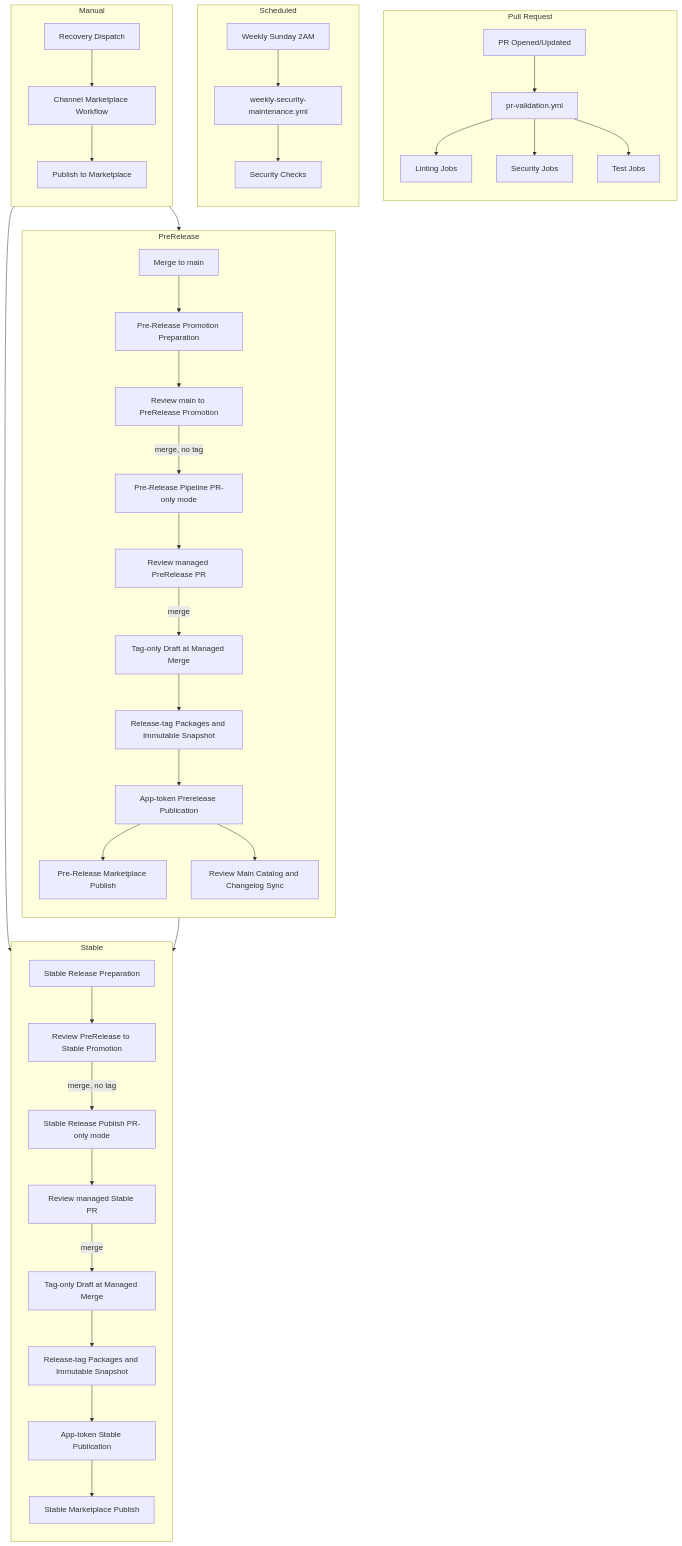
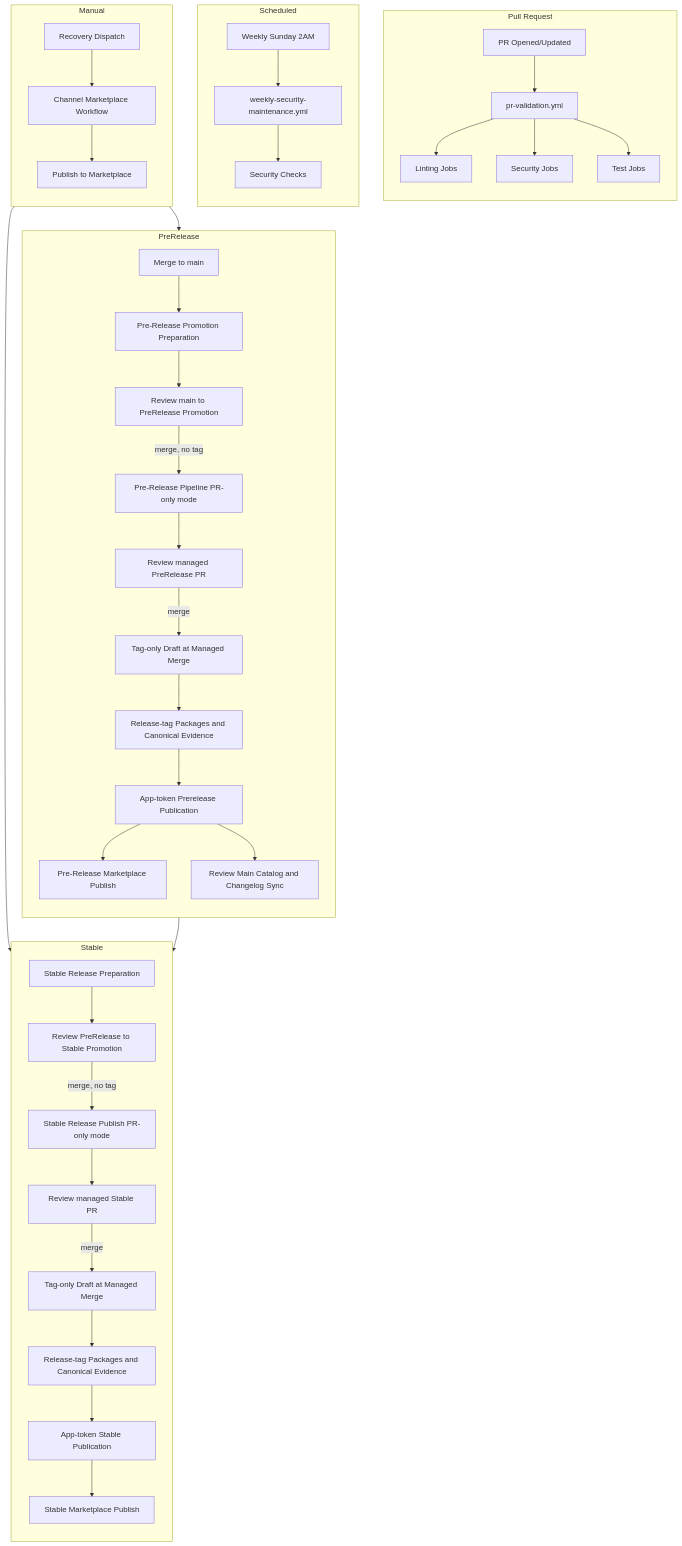
Before and after one commit to MohammedAlkindi/hve-core: the first of 3 diagrams in docs/architecture/workflows.md, drawn with Mermaid. The commit also changed other lines of this file and 51 other files, not shown here.

First line of the commit message:
refactor(workflows): replace plugin snapshots with canonical release evidence

````diff
--- a/docs/architecture/workflows.md
+++ b/docs/architecture/workflows.md
@@ -14,49 +14,49 @@
 ```mermaid
 flowchart TD
     subgraph PR["Pull Request"]
         direction TB
         PR1[PR Opened/Updated] --> PV[pr-validation.yml]
         PV --> LINT[Linting Jobs]
         PV --> SEC[Security Jobs]
         PV --> TEST[Test Jobs]
     end
 
     subgraph PRE["PreRelease"]
         direction TB
         MERGE[Merge to main] --> PREP[Pre-Release Promotion Preparation]
         PREP --> PROMO[Review main to PreRelease Promotion]
         PROMO -->|merge, no tag| PRE_RP[Pre-Release Pipeline PR-only mode]
         PRE_RP --> PRE_REL[Review managed PreRelease PR]
         PRE_REL -->|merge| PRE_DRAFT[Tag-only Draft at Managed Merge]
-        PRE_DRAFT --> PRE_EVIDENCE[Release-tag Packages and Immutable Snapshot]
+        PRE_DRAFT --> PRE_EVIDENCE[Release-tag Packages and Canonical Evidence]
         PRE_EVIDENCE --> PRE_PUBLISH[App-token Prerelease Publication]
         PRE_PUBLISH --> PRE_MARKET[Pre-Release Marketplace Publish]
         PRE_PUBLISH --> MAIN_SYNC[Review Main Catalog and Changelog Sync]
     end
 
     subgraph STABLE["Stable"]
         direction TB
         PRE_PUBLISH --> ST_PREP[Stable Release Preparation]
         ST_PREP --> ST_PROMO[Review PreRelease to Stable Promotion]
         ST_PROMO -->|merge, no tag| ST_RP[Stable Release Publish PR-only mode]
         ST_RP --> ST_REL[Review managed Stable PR]
         ST_REL -->|merge| ST_DRAFT[Tag-only Draft at Managed Merge]
-        ST_DRAFT --> ST_EVIDENCE[Release-tag Packages and Immutable Snapshot]
+        ST_DRAFT --> ST_EVIDENCE[Release-tag Packages and Canonical Evidence]
         ST_EVIDENCE --> ST_PUBLISH[App-token Stable Publication]
         ST_PUBLISH --> ST_MARKET[Stable Marketplace Publish]
     end
 
     subgraph SCHED["Scheduled"]
         direction TB
         CRON[Weekly Sunday 2AM] --> WEEKLY[weekly-security-maintenance.yml]
         WEEKLY --> SECCHECK[Security Checks]
     end
 
     subgraph MANUAL["Manual"]
         direction TB
         DISPATCH[Recovery Dispatch] --> PREP
         DISPATCH --> ST_PREP
         DISPATCH --> PUB[Channel Marketplace Workflow]
         PUB --> VSCE[Publish to Marketplace]
     end
 ```
````
